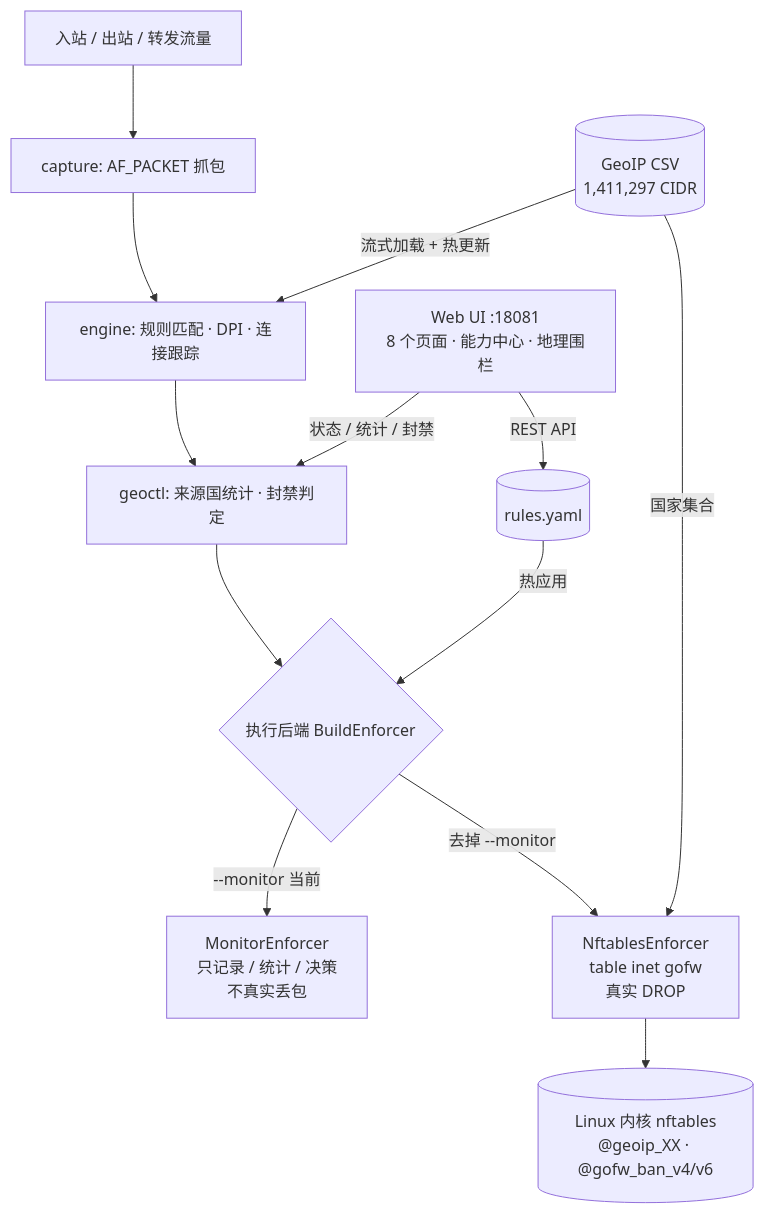
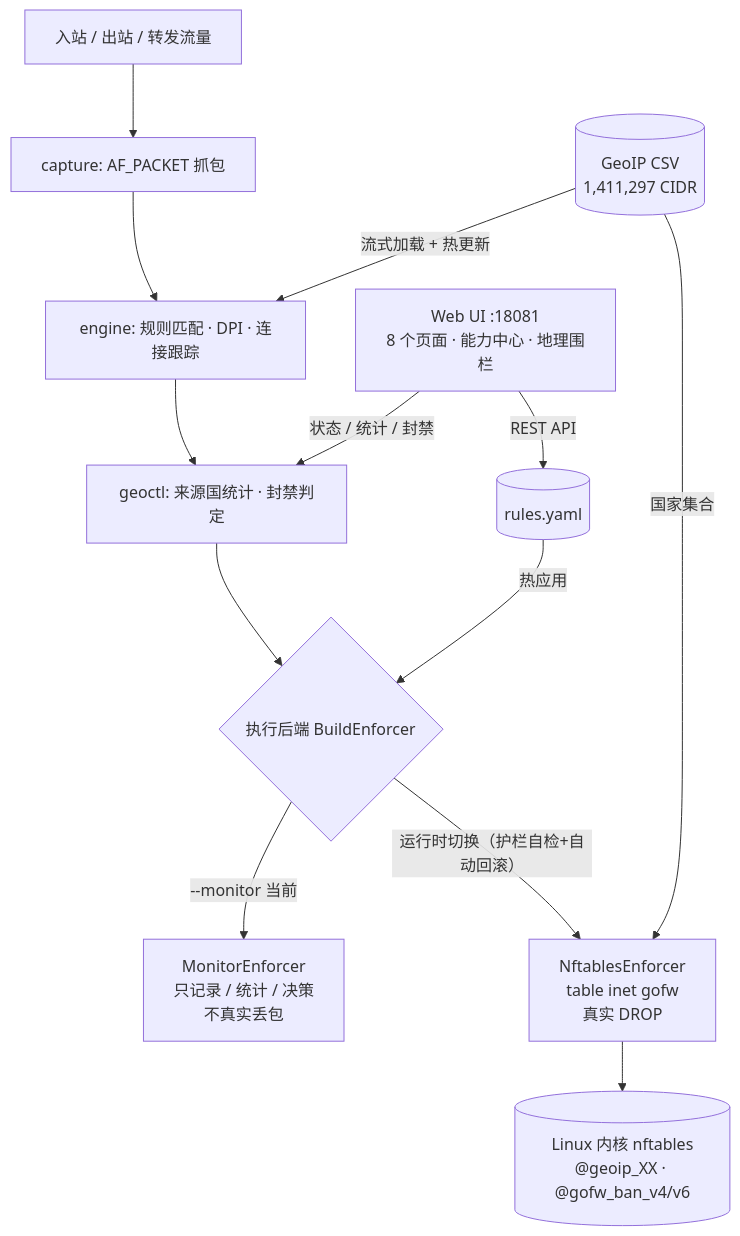
One commit to anye1991/gofw changed the diagram in README.md. Above: the diagram before and after it, drawn with Mermaid. The commit also changed other lines of this file and 17 other files, not shown here.

````diff
--- a/README.md
+++ b/README.md
@@ -115,15 +123,15 @@
 ```mermaid
 flowchart TB
     P[入站 / 出站 / 转发流量] --> C[capture: AF_PACKET 抓包]
     C --> E[engine: 规则匹配 · DPI · 连接跟踪]
     E --> G[geoctl: 来源国统计 · 封禁判定]
     G --> B{执行后端 BuildEnforcer}
     B -->|--monitor 当前| M[MonitorEnforcer<br/>只记录 / 统计 / 决策<br/>不真实丢包]
-    B -->|去掉 --monitor| N[NftablesEnforcer<br/>table inet gofw<br/>真实 DROP]
+    B -->|运行时切换（护栏自检+自动回滚）| N[NftablesEnforcer<br/>table inet gofw<br/>真实 DROP]
     N --> K[(Linux 内核 nftables<br/>@geoip_XX · @gofw_ban_v4/v6)]
     D[(GeoIP CSV<br/>1,411,297 CIDR)] -->|流式加载 + 热更新| E
     D -->|国家集合| N
     W[Web UI :18081<br/>8 个页面 · 能力中心 · 地理围栏] -->|REST API| CF[(rules.yaml)]
     CF -->|热应用| B
     W -->|状态 / 统计 / 封禁| G
 ```
````
